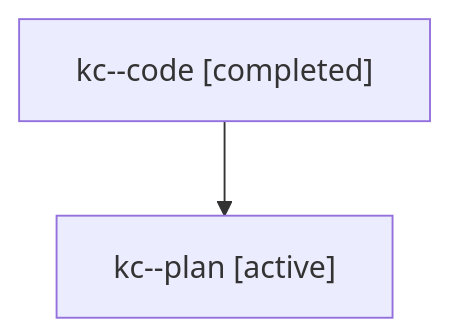
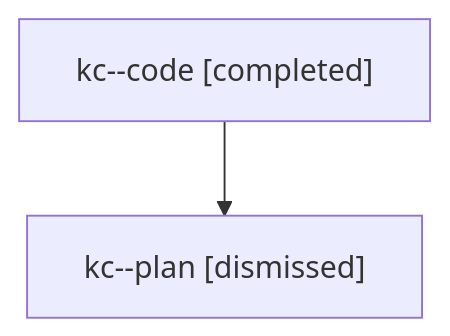
One commit to sase-org/sase--agents changed the diagram in sessions/bbugyi200.athena.kc.md. Above: the diagram before and after it, drawn with Mermaid. The commit also changed other lines of this file and 33 other files, not shown here.

````diff
--- a/sessions/bbugyi200.athena.kc.md
+++ b/sessions/bbugyi200.athena.kc.md
@@ -9,6 +9,6 @@
 ```mermaid
 flowchart TD
   n0["kc--code [completed]"]
-  n1["kc--plan [active]"]
+  n1["kc--plan [dismissed]"]
   n0 --> n1
 ```
````
